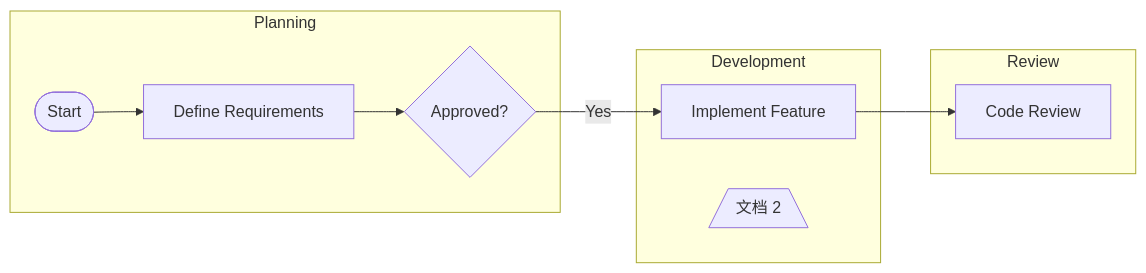
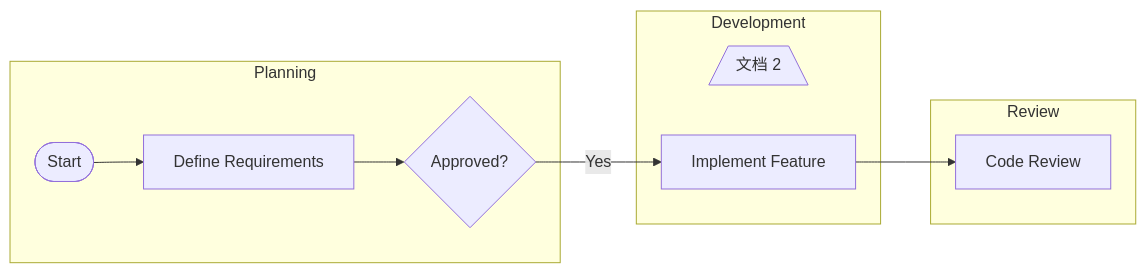
One commit to pingpm/mermaid_vault changed the diagram in mmd/123_db1c1734-f502-4c75-9e0f-54d0fdacbbeb.mmd. Above: the diagram before and after it, drawn with Mermaid. The commit also changed other lines of this file and 2 other files, not shown here.

Commit message:
Sync Mermaid Studio data (9 diagrams)

```diff
--- a/mmd/123_db1c1734-f502-4c75-9e0f-54d0fdacbbeb.mmd
+++ b/mmd/123_db1c1734-f502-4c75-9e0f-54d0fdacbbeb.mmd
@@ -1,17 +1,17 @@
 graph LR
   subgraph lane_lane_1["Planning"]
     t_task_3{"Approved?"}
     t_task_1(["Start"])
     t_task_2["Define Requirements"]
   end
   subgraph lane_lane_2["Development"]
+    t_bcb52ef5_1ab2_466e_a13e_b9249e2c2349[/"文档 2"\]
     t_task_4["Implement Feature"]
-    t_bcb52ef5_1ab2_466e_a13e_b9249e2c2349[/"文档 2"\]
   end
   subgraph lane_lane_3["Review"]
     t_task_5["Code Review"]
   end
   t_task_1 --> t_task_2
   t_task_2 --> t_task_3
   t_task_3 -->|"Yes"| t_task_4
   t_task_4 --> t_task_5
```
